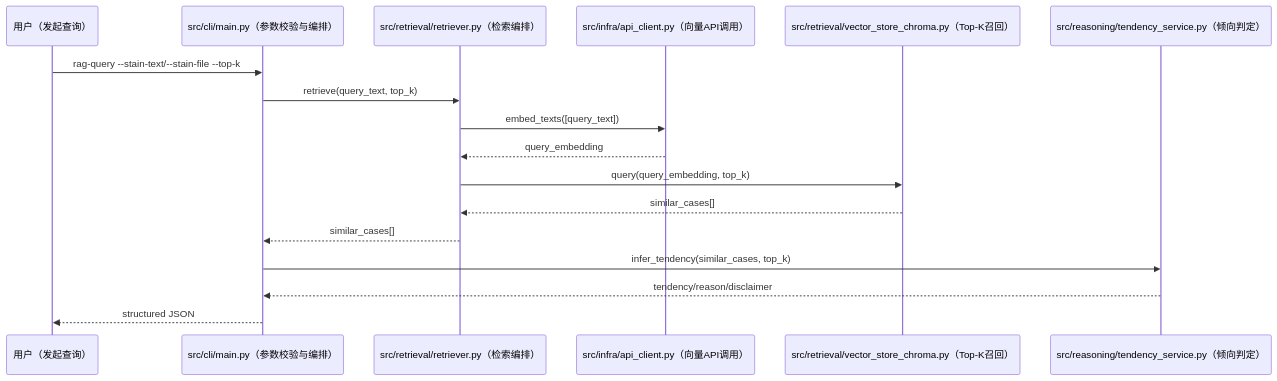
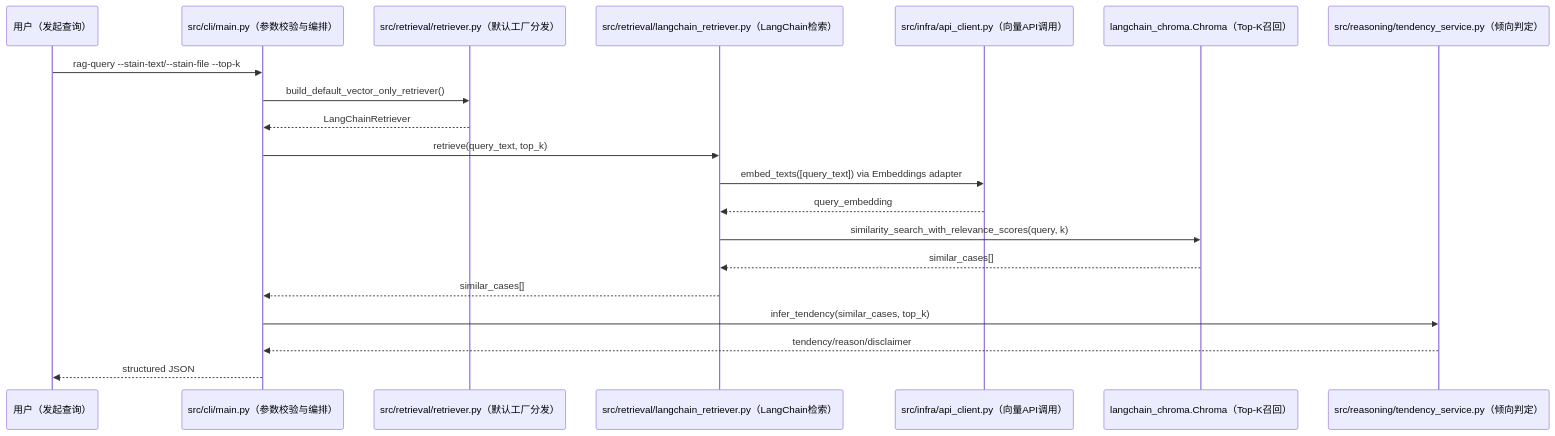
One commit to d3f4w2/vibe_rag changed the second of 3 diagrams in memory-bank/architecture.md. Above: the diagram before and after it, drawn with Mermaid. The commit also changed other lines of this file and 12 other files, not shown here.

````diff
--- a/memory-bank/architecture.md
+++ b/memory-bank/architecture.md
@@ -92,20 +96,23 @@
 ```mermaid
 sequenceDiagram
     participant U as 用户（发起查询）
     participant CLI as src/cli/main.py（参数校验与编排）
-    participant RET as src/retrieval/retriever.py（检索编排）
+    participant RET as src/retrieval/retriever.py（默认工厂分发）
+    participant LCRET as src/retrieval/langchain_retriever.py（LangChain检索）
     participant API as src/infra/api_client.py（向量API调用）
-    participant VS as src/retrieval/vector_store_chroma.py（Top-K召回）
+    participant VS as langchain_chroma.Chroma（Top-K召回）
     participant RS as src/reasoning/tendency_service.py（倾向判定）
 
     U->>CLI: rag-query --stain-text/--stain-file --top-k
-    CLI->>RET: retrieve(query_text, top_k)
-    RET->>API: embed_texts([query_text])
-    API-->>RET: query_embedding
-    RET->>VS: query(query_embedding, top_k)
-    VS-->>RET: similar_cases[]
-    RET-->>CLI: similar_cases[]
+    CLI->>RET: build_default_vector_only_retriever()
+    RET-->>CLI: LangChainRetriever
+    CLI->>LCRET: retrieve(query_text, top_k)
+    LCRET->>API: embed_texts([query_text]) via Embeddings adapter
+    API-->>LCRET: query_embedding
+    LCRET->>VS: similarity_search_with_relevance_scores(query, k)
+    VS-->>LCRET: similar_cases[]
+    LCRET-->>CLI: similar_cases[]
     CLI->>RS: infer_tendency(similar_cases, top_k)
     RS-->>CLI: tendency/reason/disclaimer
     CLI-->>U: structured JSON
 ```
````
